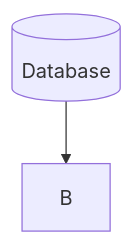
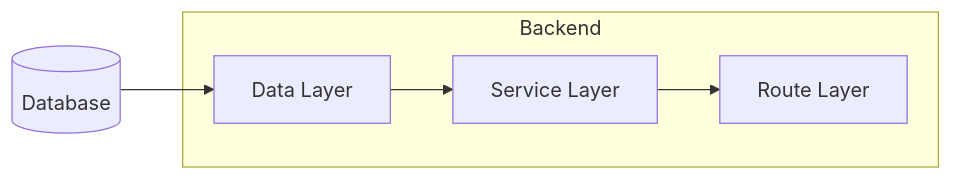
The diagram in projects/ARCHITECTURE_OVERVIEW.md (PhucNChau/books-reading-track), drawn with Mermaid before and after one commit.

Commit message:
Modify graph in arch notes.

````diff
--- a/projects/ARCHITECTURE_OVERVIEW.md
+++ b/projects/ARCHITECTURE_OVERVIEW.md
@@ -7,6 +7,10 @@
 ```mermaid
-flowchart TD;
-    A@{ shape: cyl, label: "Database" }-->B;
+flowchart LR;
+    A@{ shape: cyl, label: "Database" }-->B[Data Layer];
+    subgraph Backend
+        B-->C[Service Layer];
+        C-->D[Route Layer];
+    end
 
 
 ```
````
